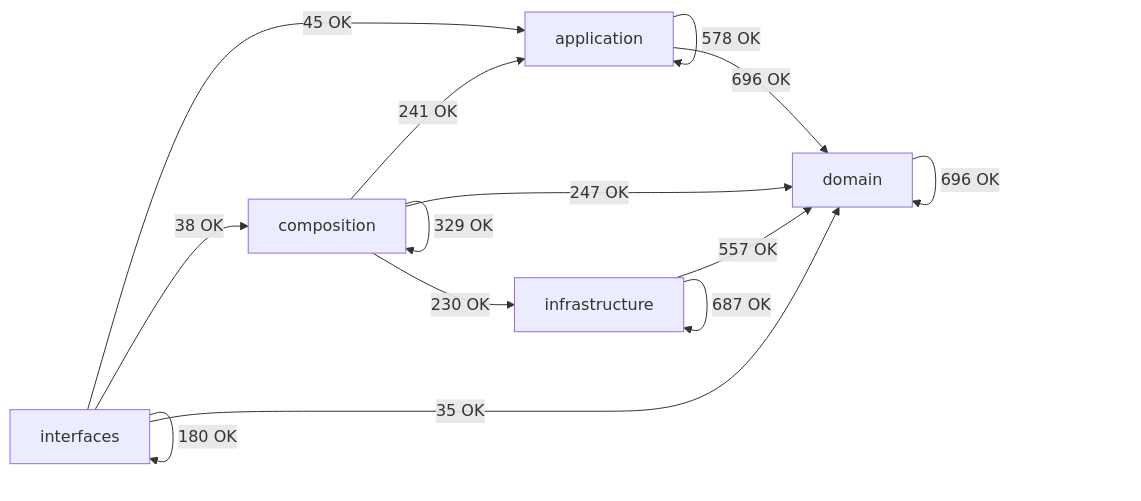
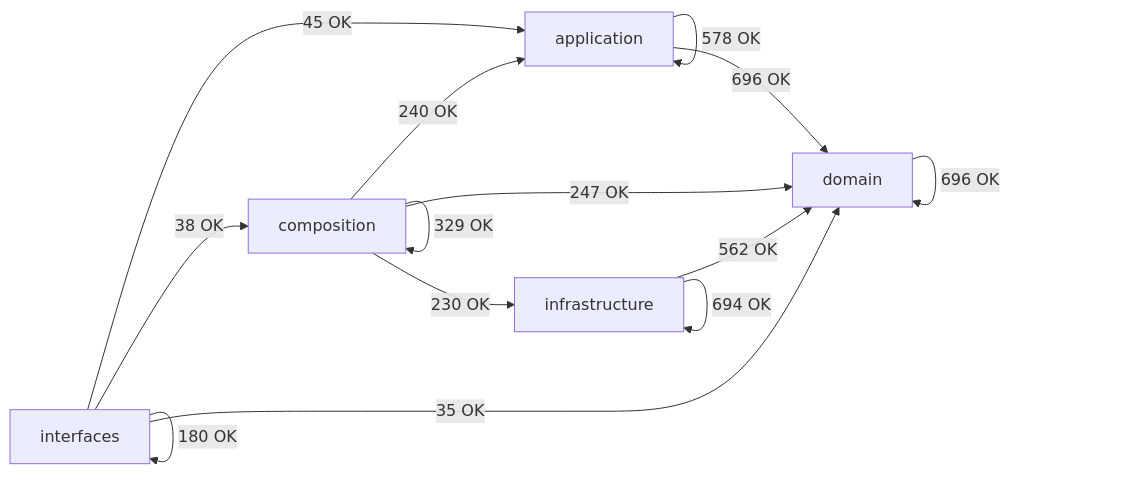
The diagram in docs/02-architecture/generated/module-dependency-map.md (SatoryKono/BioactivityDataAcquisition), drawn with Mermaid before and after one commit. The commit also changed other lines of this file and 12 other files, not shown here.

````diff
--- a/docs/02-architecture/generated/module-dependency-map.md
+++ b/docs/02-architecture/generated/module-dependency-map.md
@@ -16,21 +16,21 @@
 ```mermaid
 flowchart LR
     domain[domain]
     application[application]
     infrastructure[infrastructure]
     composition[composition]
     interfaces[interfaces]
     application -->|578 OK| application
     application -->|696 OK| domain
-    composition -->|241 OK| application
+    composition -->|240 OK| application
     composition -->|329 OK| composition
     composition -->|247 OK| domain
     composition -->|230 OK| infrastructure
     domain -->|696 OK| domain
-    infrastructure -->|557 OK| domain
-    infrastructure -->|687 OK| infrastructure
+    infrastructure -->|562 OK| domain
+    infrastructure -->|694 OK| infrastructure
     interfaces -->|45 OK| application
     interfaces -->|38 OK| composition
     interfaces -->|35 OK| domain
     interfaces -->|180 OK| interfaces
 ```
````
